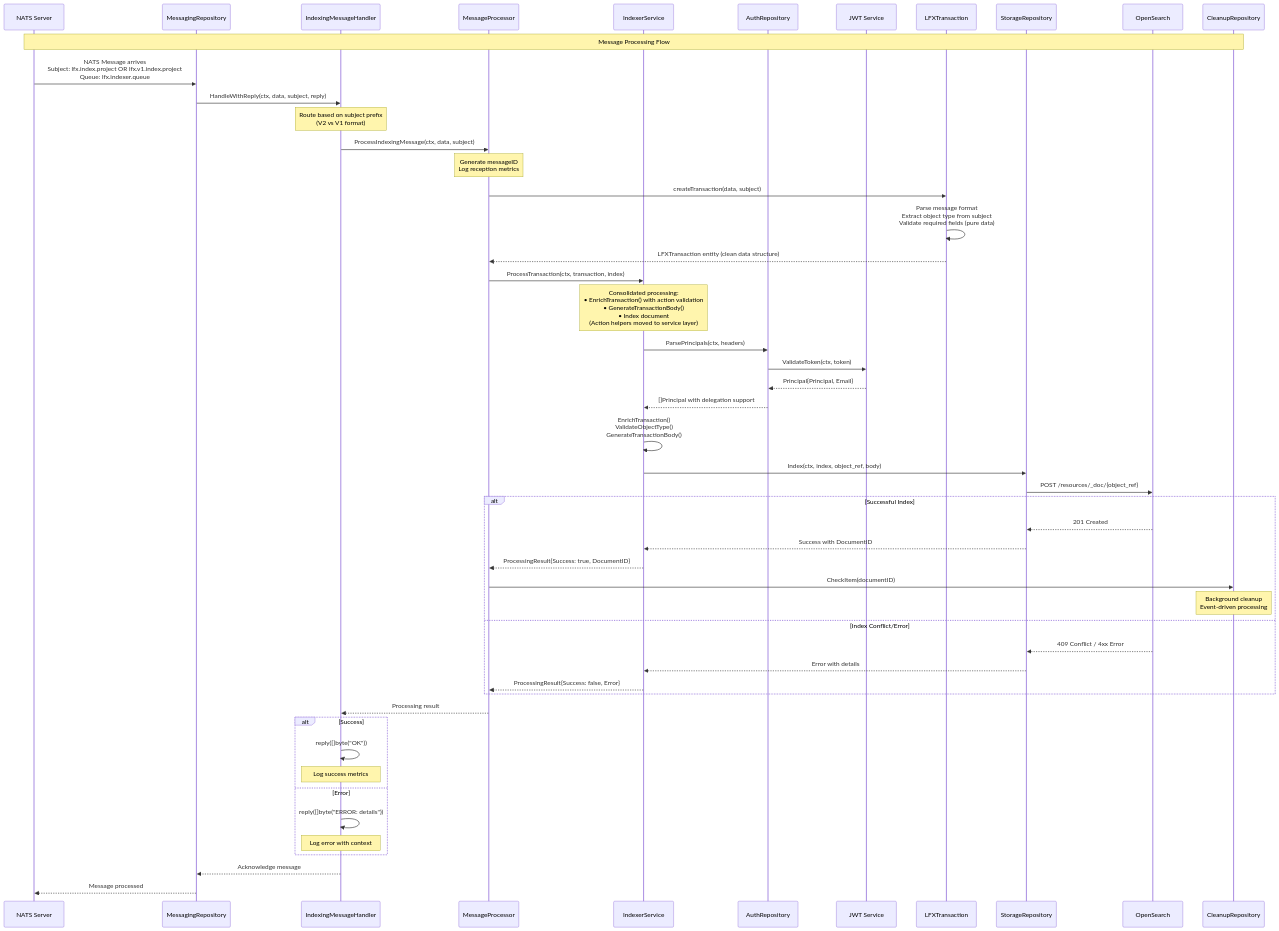
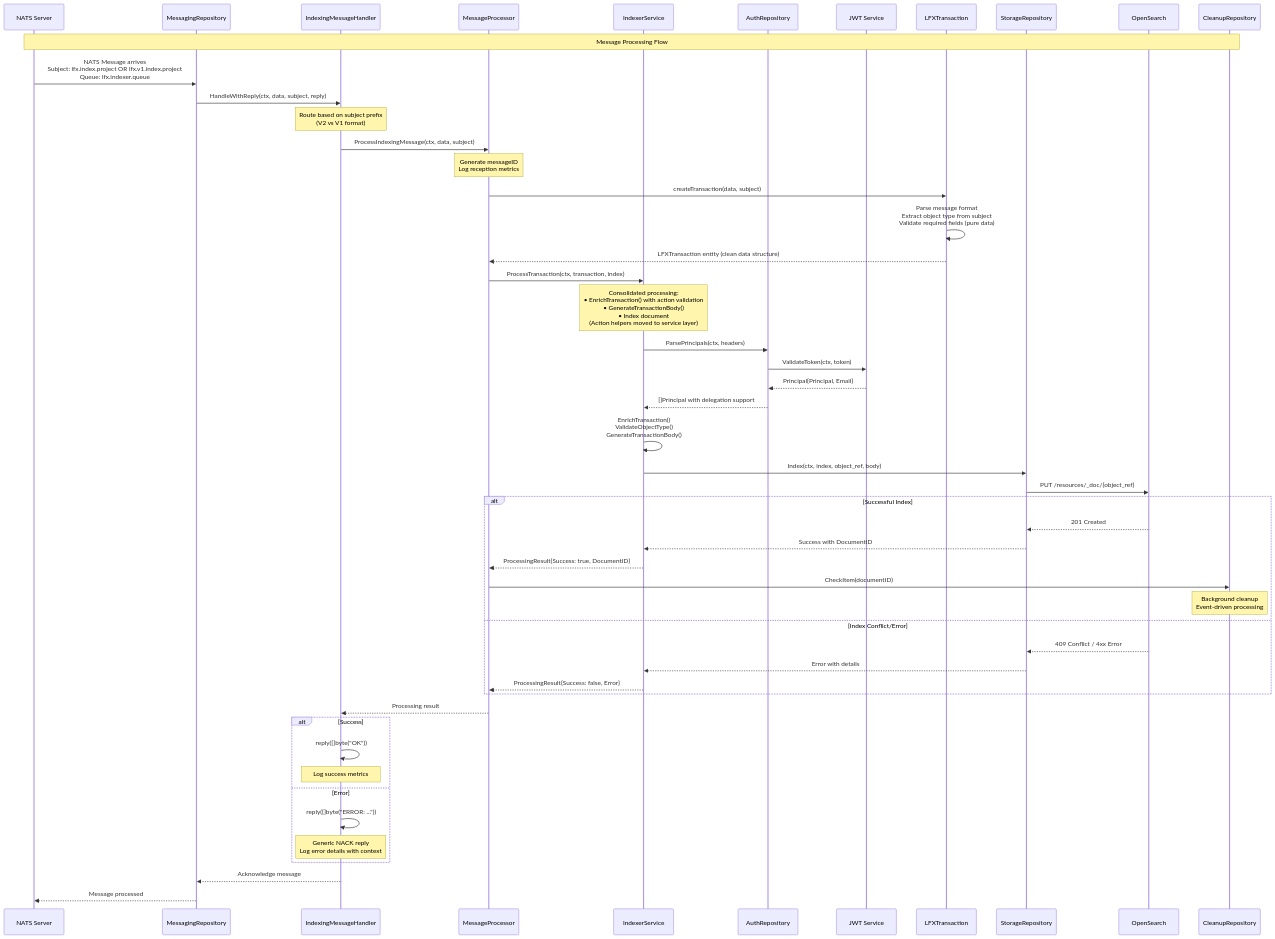
One commit to linuxfoundation/lfx-v2-indexer-service changed the second of 2 diagrams in README.md. Above: the diagram before and after it, drawn with Mermaid. The commit also changed 1 other file, not shown here.

Commit message:
docs: align indexing HTTP verb and reply semantics with implementation
The write path uses opensearchapi.IndexRequest with DocumentID set, which
issues PUT /{index}/_doc/{id}, so the README sequence diagram now shows PUT
instead of POST. The contract doc and README diagram now describe the error
reply as a generic NACK (the production handler replies
'ERROR: error processing indexing message'), directing callers to treat
replies as ACK/NACK and use logs for diagnostics.

````diff
--- a/README.md
+++ b/README.md
@@ -229,78 +229,78 @@
 ```mermaid
 sequenceDiagram
     participant NATS as NATS Server
     participant MR as MessagingRepository
     participant UH as IndexingMessageHandler
     participant MP as MessageProcessor
     participant IS as IndexerService
     participant AR as AuthRepository
     participant JWT as JWT Service
     participant TE as LFXTransaction
     participant SR as StorageRepository
     participant OS as OpenSearch
     participant CR as CleanupRepository
 
     Note over NATS,CR: Message Processing Flow
 
     %% Message Arrival & Presentation Layer
     NATS->>MR: NATS Message arrives<br/>Subject: lfx.index.project OR lfx.v1.index.project<br/>Queue: lfx.indexer.queue
 
     MR->>UH: HandleWithReply(ctx, data, subject, reply)
     Note over UH: Route based on subject prefix<br/>(V2 vs V1 format)
 
     %% Application Layer Coordination
     UH->>MP: ProcessIndexingMessage(ctx, data, subject)
     Note over MP: Generate messageID<br/>Log reception metrics
 
     %% Transaction Creation & Validation
     MP->>TE: createTransaction(data, subject)
     TE->>TE: Parse message format<br/>Extract object type from subject<br/>Validate required fields (pure data)
     TE-->>MP: LFXTransaction entity (clean data structure)
 
     %% Domain Layer Business Logic
     MP->>IS: ProcessTransaction(ctx, transaction, index)
 
     Note over IS: Consolidated processing:<br/>• EnrichTransaction() with action validation<br/>• GenerateTransactionBody()<br/>• Index document<br/>(Action helpers moved to service layer)
 
     %% Authentication & Authorization
     IS->>AR: ParsePrincipals(ctx, headers)
     AR->>JWT: ValidateToken(ctx, token)
     JWT-->>AR: Principal{Principal, Email}
     AR-->>IS: []Principal with delegation support
 
     %% Validation & Body Generation
     IS->>IS: EnrichTransaction()<br/>ValidateObjectType()<br/>GenerateTransactionBody()
 
     %% Document Indexing
     IS->>SR: Index(ctx, index, object_ref, body)
-    SR->>OS: POST /resources/_doc/{object_ref}
+    SR->>OS: PUT /resources/_doc/{object_ref}
 
     alt Successful Index
         OS-->>SR: 201 Created
         SR-->>IS: Success with DocumentID
 
         %% Background Conflict Resolution
         IS-->>MP: ProcessingResult{Success: true, DocumentID}
         MP->>CR: CheckItem(documentID)
         Note over CR: Background cleanup<br/>Event-driven processing
 
     else Index Conflict/Error
         OS-->>SR: 409 Conflict / 4xx Error
         SR-->>IS: Error with details
         IS-->>MP: ProcessingResult{Success: false, Error}
     end
 
     %% Response Handling
     MP-->>UH: Processing result
 
     alt Success
         UH->>UH: reply([]byte("OK"))
         Note over UH: Log success metrics
     else Error
-        UH->>UH: reply([]byte("ERROR: details"))
-        Note over UH: Log error with context
+        UH->>UH: reply([]byte("ERROR: ..."))
+        Note over UH: Generic NACK reply<br/>Log error details with context
     end
 
     UH-->>MR: Acknowledge message
     MR-->>NATS: Message processed
 ```
````
